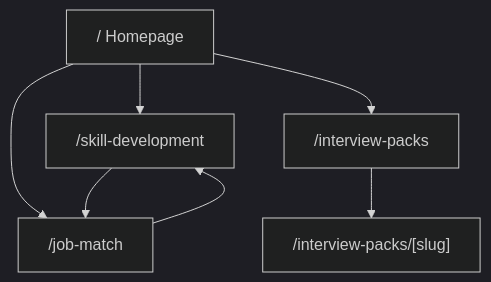
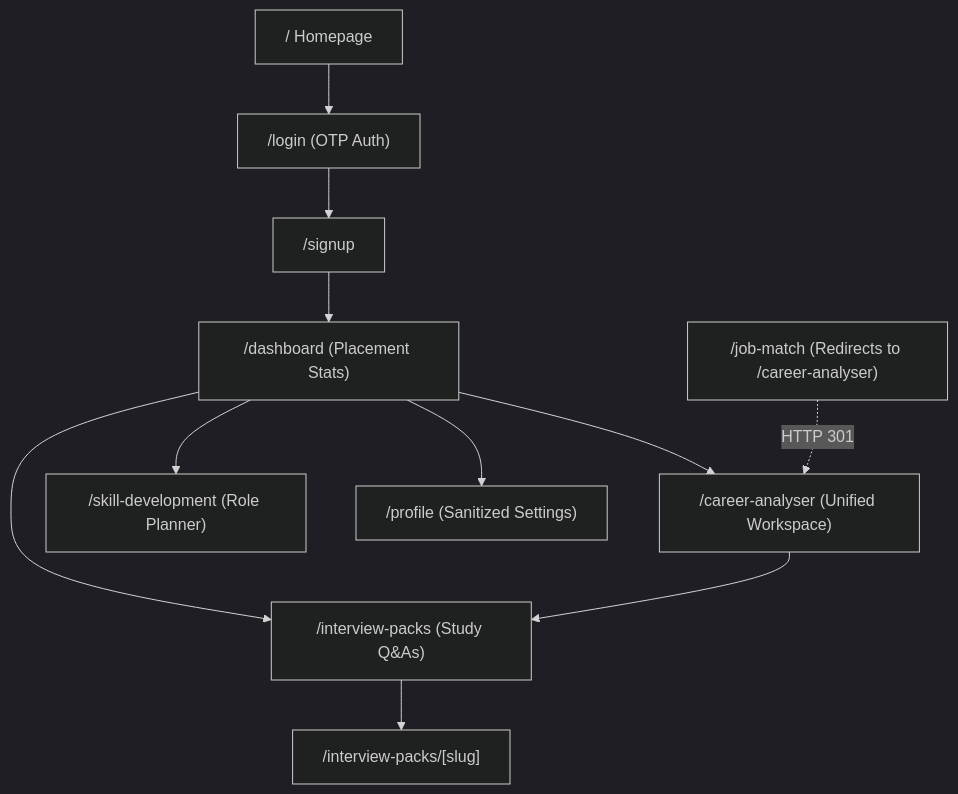
Before and after one commit to YathinTHEBUILDER/SortMySkills: the diagram in docs/APP_FLOW.md, drawn with Mermaid (dark theme). The commit also changed other lines of this file and 26 other files, not shown here.

````diff
--- a/docs/APP_FLOW.md
+++ b/docs/APP_FLOW.md
@@ -9,15 +9,24 @@
 ```mermaid
-flowchart TB
+flowchart TD
   HOME["/  Homepage"]
-  SKILL["/skill-development"]
-  JOB["/job-match"]
-  PACKS["/interview-packs"]
+  LOGIN["/login (OTP Auth)"]
+  SIGNUP["/signup"]
+  DASH["/dashboard (Placement Stats)"]
+  ANALYSER["/career-analyser (Unified Workspace)"]
+  SKILL["/skill-development (Role Planner)"]
+  PACKS["/interview-packs (Study Q&As)"]
   PACK["/interview-packs/[slug]"]
+  PROFILE["/profile (Sanitized Settings)"]
+  JOB["/job-match (Redirects to /career-analyser)"]
 
-  HOME --> SKILL
-  HOME --> JOB
-  HOME --> PACKS
+  HOME --> LOGIN
+  LOGIN --> SIGNUP
+  SIGNUP --> DASH
+  DASH --> ANALYSER
+  DASH --> SKILL
+  DASH --> PACKS
+  DASH --> PROFILE
+  ANALYSER --> PACKS
+  JOB -.->|HTTP 301| ANALYSER
   PACKS --> PACK
-  SKILL --> JOB
-  JOB --> SKILL
 ```
````
